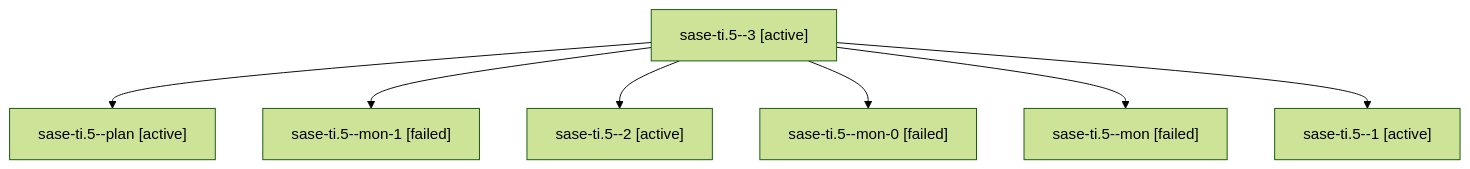
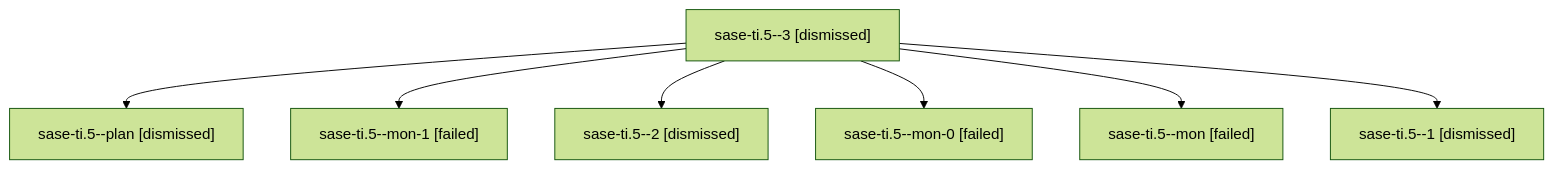
The diagram in sessions/bbugyi200.athena.sase-ti.5.md (sase-org/sase--agents), drawn with Mermaid (forest theme) before and after one commit. The commit also changed other lines of this file and 148 other files, not shown here.

````diff
--- a/sessions/bbugyi200.athena.sase-ti.5.md
+++ b/sessions/bbugyi200.athena.sase-ti.5.md
@@ -9,16 +9,16 @@
 ```mermaid
 flowchart TD
-  n0["sase-ti.5--3 [active]"]
-  n1["sase-ti.5--plan [active]"]
+  n0["sase-ti.5--3 [dismissed]"]
+  n1["sase-ti.5--plan [dismissed]"]
   n0 --> n1
   n2["sase-ti.5--mon-1 [failed]"]
   n0 --> n2
-  n3["sase-ti.5--2 [active]"]
+  n3["sase-ti.5--2 [dismissed]"]
   n0 --> n3
   n4["sase-ti.5--mon-0 [failed]"]
   n0 --> n4
   n5["sase-ti.5--mon [failed]"]
   n0 --> n5
-  n6["sase-ti.5--1 [active]"]
+  n6["sase-ti.5--1 [dismissed]"]
   n0 --> n6
 ```
````
